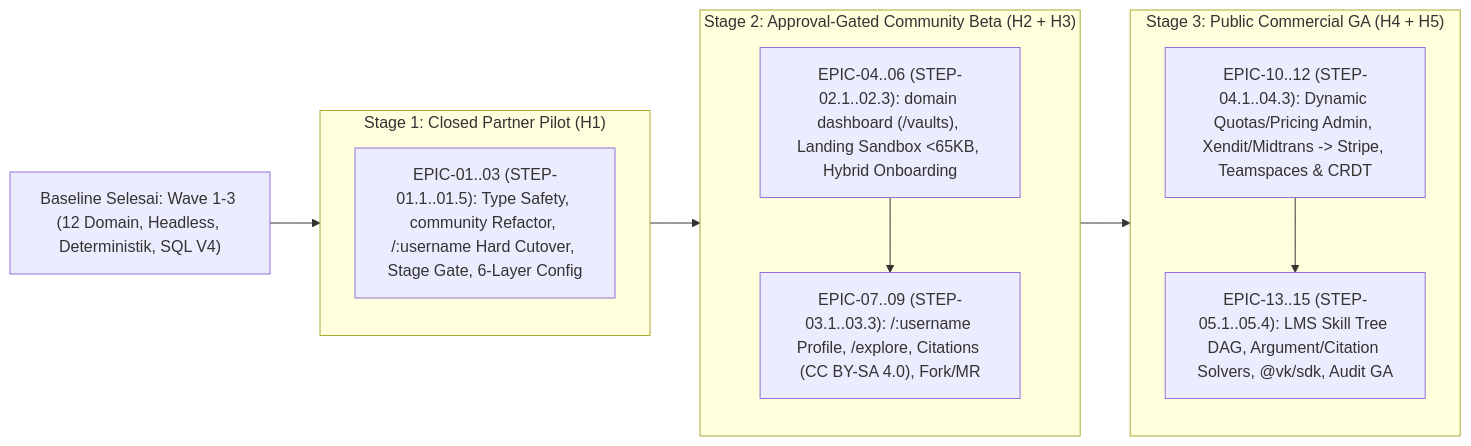
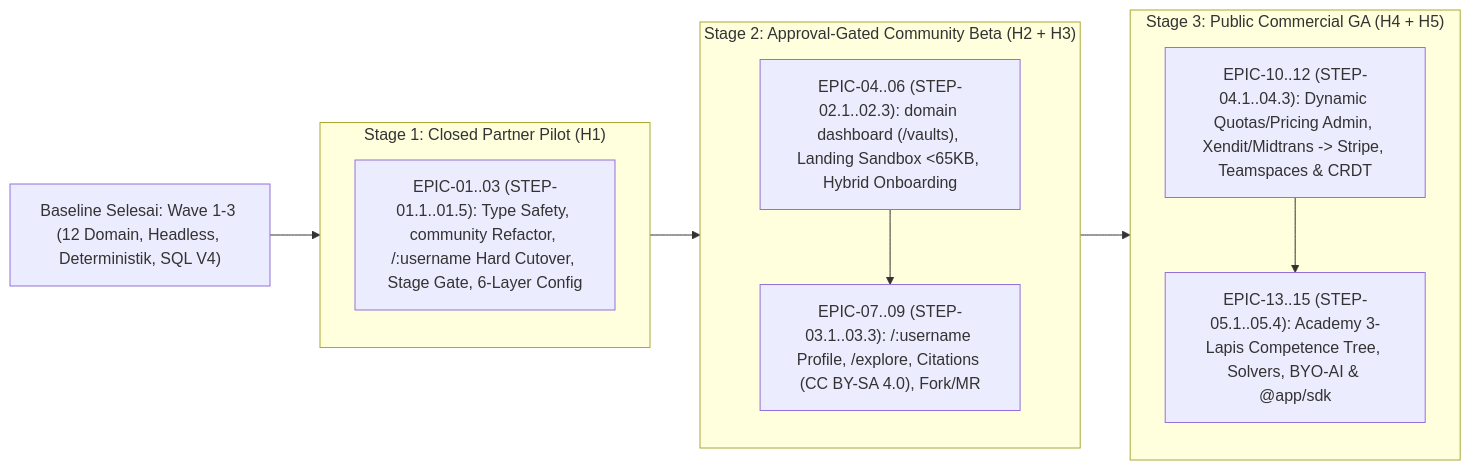
Before and after one commit to mjd-code/obmap-meed: the diagram in docs/02-planning/roadmap.md, drawn with Mermaid. The commit also changed other lines of this file and 48 other files, not shown here.

````diff
--- a/docs/02-planning/roadmap.md
+++ b/docs/02-planning/roadmap.md
@@ -29,18 +29,18 @@
 ```mermaid
 flowchart LR
     W3["Baseline Selesai: Wave 1-3 (12 Domain, Headless, Deterministik, SQL V4)"] --> S1
     subgraph S1 ["Stage 1: Closed Partner Pilot (H1)"]
         H1["EPIC-01..03 (STEP-01.1..01.5): Type Safety, community Refactor, /:username Hard Cutover, Stage Gate, 6-Layer Config"]
     end
     subgraph S2 ["Stage 2: Approval-Gated Community Beta (H2 + H3)"]
         H2["EPIC-04..06 (STEP-02.1..02.3): domain dashboard (/vaults), Landing Sandbox <65KB, Hybrid Onboarding"]
         H3["EPIC-07..09 (STEP-03.1..03.3): /:username Profile, /explore, Citations (CC BY-SA 4.0), Fork/MR"]
         H2 --> H3
     end
     subgraph S3 ["Stage 3: Public Commercial GA (H4 + H5)"]
         H4["EPIC-10..12 (STEP-04.1..04.3): Dynamic Quotas/Pricing Admin, Xendit/Midtrans -> Stripe, Teamspaces & CRDT"]
-        H5["EPIC-13..15 (STEP-05.1..05.4): LMS Skill Tree DAG, Argument/Citation Solvers, @vk/sdk, Audit GA"]
+        H5["EPIC-13..15 (STEP-05.1..05.4): Academy 3-Lapis Competence Tree, Solvers, BYO-AI & @app/sdk"]
         H4 --> H5
     end
     S1 --> S2 --> S3
 ```
````
